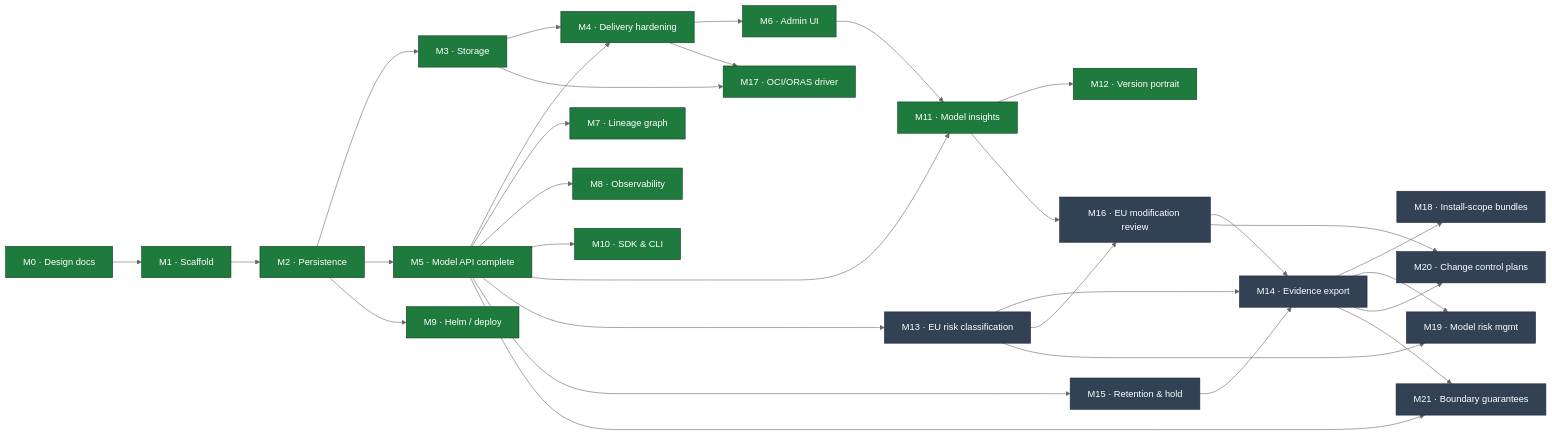
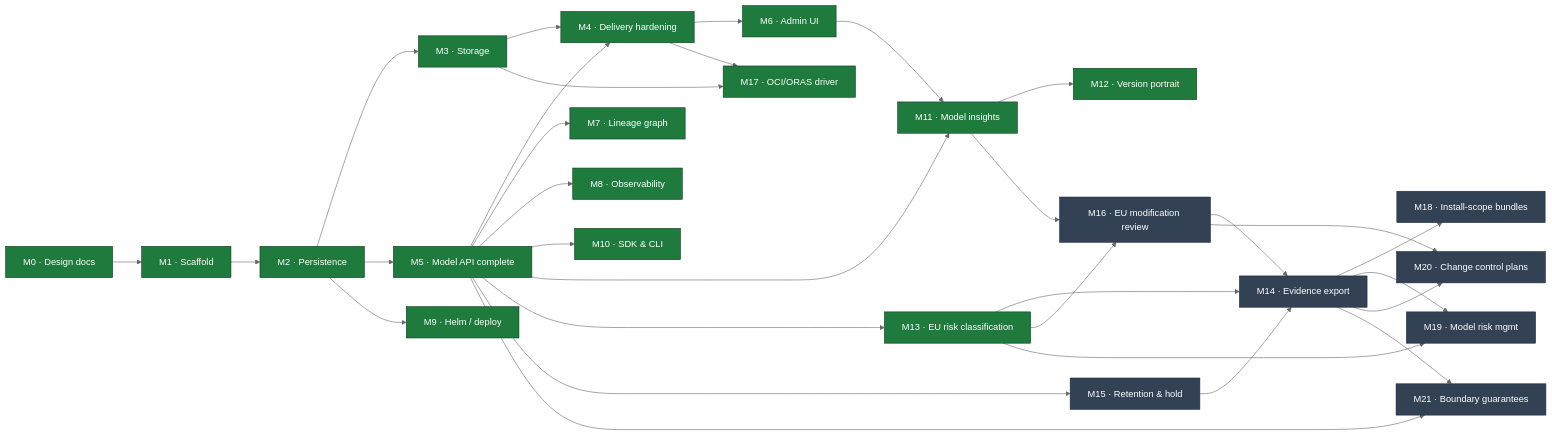
Before and after one commit to proseria-research/lineage: the diagram in MILESTONES.md, drawn with Mermaid (neutral theme). The commit also changed other lines of this file, not shown here.

````diff
--- a/MILESTONES.md
+++ b/MILESTONES.md
@@ -17,43 +17,43 @@
 ```mermaid
 flowchart LR
     M0["M0 · Design docs"] --> M1["M1 · Scaffold"]
     M1 --> M2["M2 · Persistence"]
     M2 --> M3["M3 · Storage"]
     M2 --> M5["M5 · Model API complete"]
     M3 --> M4["M4 · Delivery hardening"]
     M5 --> M4
     M5 --> M7["M7 · Lineage graph"]
     M4 --> M6["M6 · Admin UI"]
     M5 --> M8["M8 · Observability"]
     M2 --> M9["M9 · Helm / deploy"]
     M5 --> M10["M10 · SDK & CLI"]
     M5 --> M11["M11 · Model insights"]
     M6 --> M11
     M11 --> M12["M12 · Version portrait"]
 
     M5 --> M13["M13 · EU risk classification"]
     M13 --> M14["M14 · Evidence export"]
     M13 --> M16["M16 · EU modification review"]
     M11 --> M16
     M16 --> M14
     M5 --> M15["M15 · Retention &amp; hold"]
     M15 --> M14
 
     M3 --> M17["M17 · OCI/ORAS driver"]
     M4 --> M17
 
     M14 --> M18["M18 · Install-scope bundles"]
     M13 --> M19["M19 · Model risk mgmt"]
     M14 --> M19
     M16 --> M20["M20 · Change control plans"]
     M14 --> M20
 
     M5 --> M21["M21 · Boundary guarantees"]
     M14 --> M21
 
     classDef done fill:#1f7a3d,stroke:#0d3d1e,color:#fff;
     classDef active fill:#b45309,stroke:#7c3a06,color:#fff;
     classDef todo fill:#334155,stroke:#1e293b,color:#fff;
-    class M0,M1,M2,M3,M4,M5,M6,M7,M8,M9,M10,M11,M12,M17 done;
-    class M13,M14,M15,M16,M18,M19,M20,M21 todo;
+    class M0,M1,M2,M3,M4,M5,M6,M7,M8,M9,M10,M11,M12,M13,M17 done;
+    class M14,M15,M16,M18,M19,M20,M21 todo;
 ```
````
